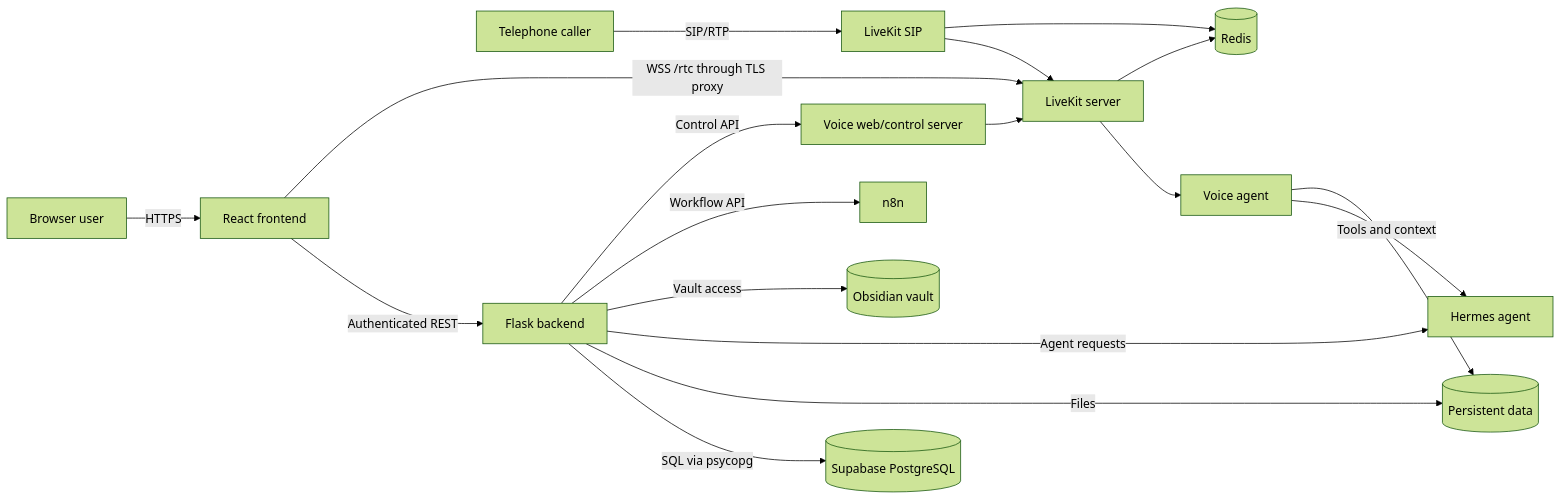
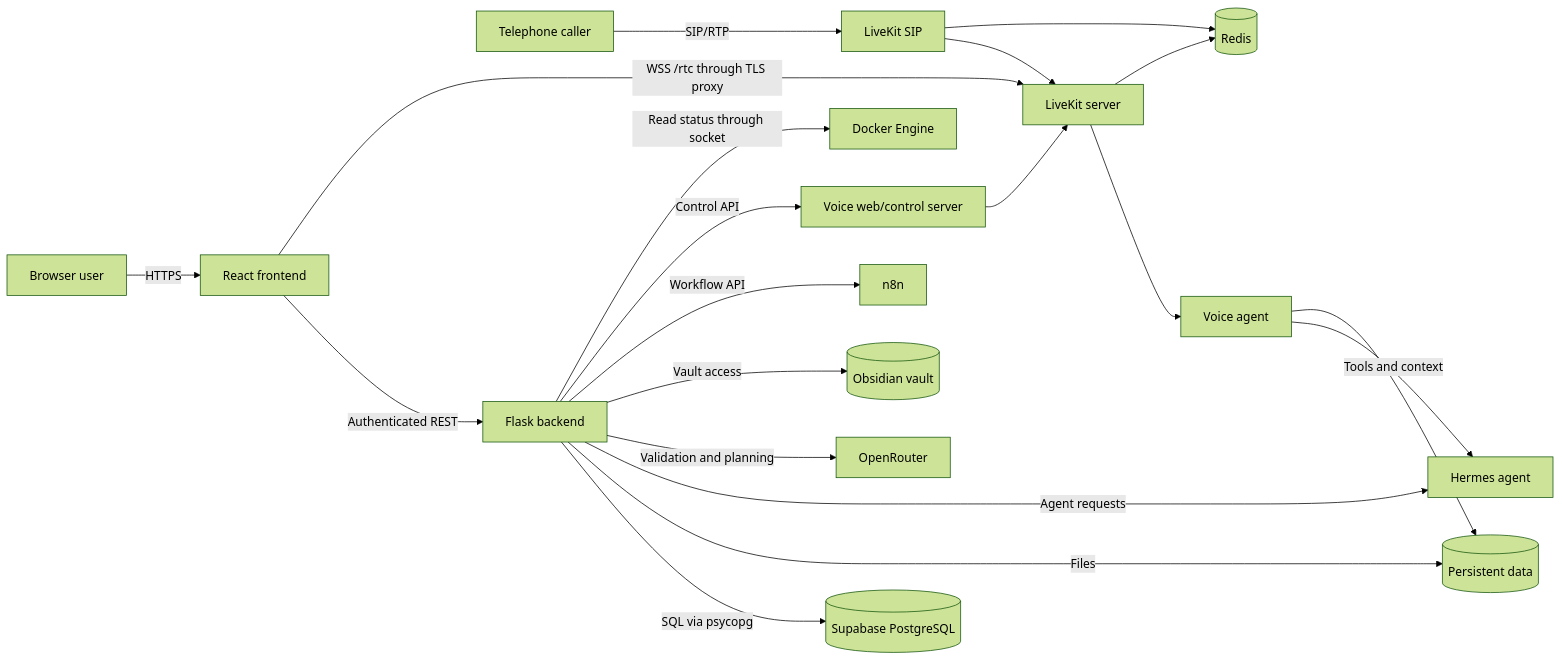
Before and after one commit to com2u/OrganAizer3: the first of 2 diagrams in architecture.md, drawn with Mermaid (forest theme). The commit also changed other lines of this file and 27 other files, not shown here.

Commit message:
feat: add OpenRouter planning validation and system monitoring

````diff
--- a/architecture.md
+++ b/architecture.md
@@ -9,20 +9,22 @@
 ```mermaid
 flowchart LR
     U[Browser user] -->|HTTPS| FE[React frontend]
     C[Telephone caller] -->|SIP/RTP| SIP[LiveKit SIP]
     FE -->|Authenticated REST| API[Flask backend]
     FE -->|WSS /rtc through TLS proxy| LK[LiveKit server]
     API -->|SQL via psycopg| DB[(Supabase PostgreSQL)]
     API -->|Files| DATA[(Persistent data)]
     API -->|Agent requests| H[Hermes agent]
+    API -->|Validation and planning| OR[OpenRouter]
     API -->|Vault access| O[(Obsidian vault)]
     API -->|Workflow API| N[n8n]
     API -->|Control API| VW[Voice web/control server]
+    API -->|Read status through socket| DOCKER[Docker Engine]
     SIP --> LK
     LK --> VA[Voice agent]
     VA -->|Tools and context| H
     VA --> DATA
     VW --> LK
     LK --> R[(Redis)]
     SIP --> R
 ```
````
